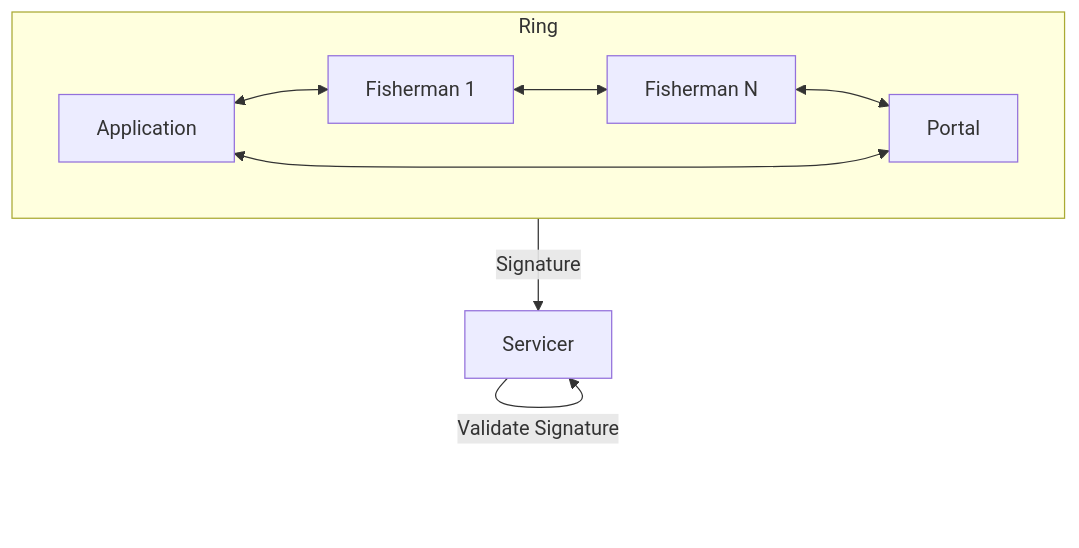
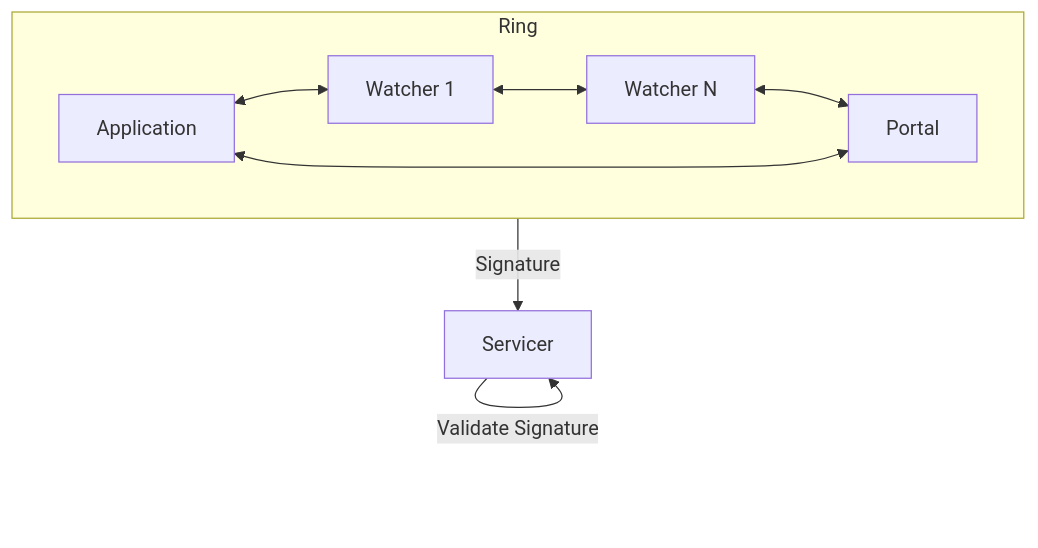
Before and after one commit to pokt-network/pocket-network-protocol: the seventh of 16 diagrams in utility/README.md, drawn with Mermaid. The commit also changed other lines of this file and 2 other files, not shown here.

Commit message:
Rename all instances of fisherman to watcher

````diff
--- a/utility/README.md
+++ b/utility/README.md
@@ -572,11 +572,11 @@
 ```mermaid
 flowchart
     subgraph Ring
-        Application <--> F1["Fisherman 1"]
-        F1 <--> F2["Fisherman N"]
+        Application <--> F1["Watcher 1"]
+        F1 <--> F2["Watcher N"]
         F2 <--> Portal
         Portal <--> Application
     end
     Ring --Signature--> Servicer
     Servicer--Validate Signature-->Servicer
 ```
````
